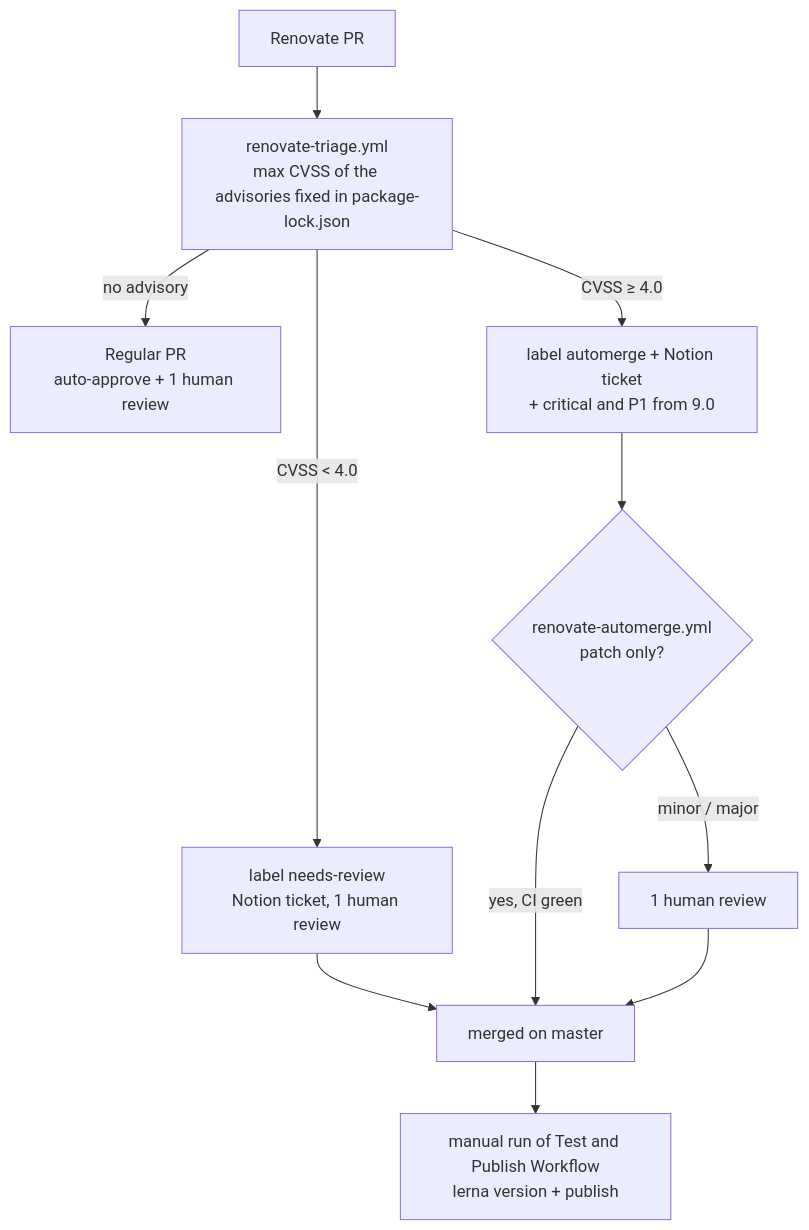
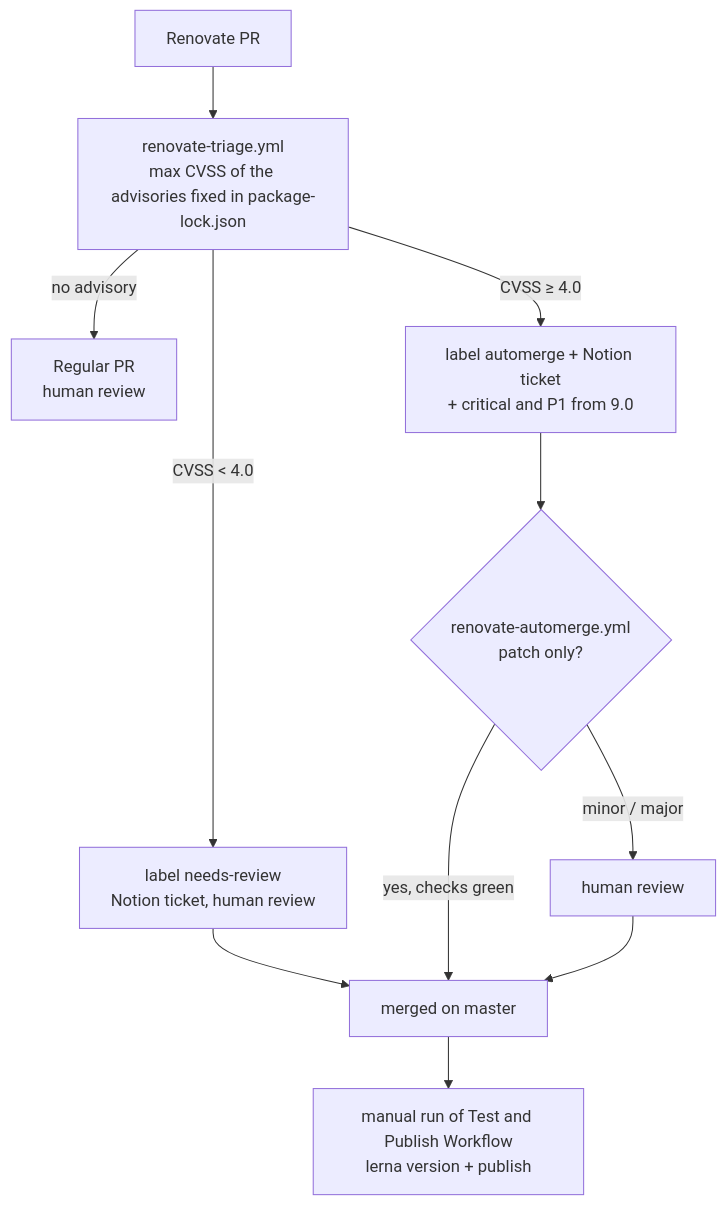
One commit to algoan/nestjs-components changed the diagram in docs/RENOVATE.md. Above: the diagram before and after it, drawn with Mermaid. The commit also changed other lines of this file, not shown here.

Commit message:
docs(renovate): describe the reviewed flow

````diff
--- a/docs/RENOVATE.md
+++ b/docs/RENOVATE.md
@@ -39,13 +53,13 @@
 ```mermaid
 flowchart TD
     PR[Renovate PR] --> T[renovate-triage.yml<br/>max CVSS of the advisories fixed in package-lock.json]
-    T -->|no advisory| N[Regular PR<br/>auto-approve + 1 human review]
-    T -->|CVSS < 4.0| M[label needs-review<br/>Notion ticket, 1 human review]
+    T -->|no advisory| N[Regular PR<br/>human review]
+    T -->|CVSS < 4.0| M[label needs-review<br/>Notion ticket, human review]
     T -->|CVSS ≥ 4.0| A[label automerge + Notion ticket<br/>+ critical and P1 from 9.0]
     A --> AM{renovate-automerge.yml<br/>patch only?}
-    AM -->|yes, CI green| MM[merged on master]
-    AM -->|minor / major| R[1 human review]
+    AM -->|yes, checks green| MM[merged on master]
+    AM -->|minor / major| R[human review]
     M --> MM
     R --> MM
     MM --> P[manual run of Test and Publish Workflow<br/>lerna version + publish]
 ```
````
